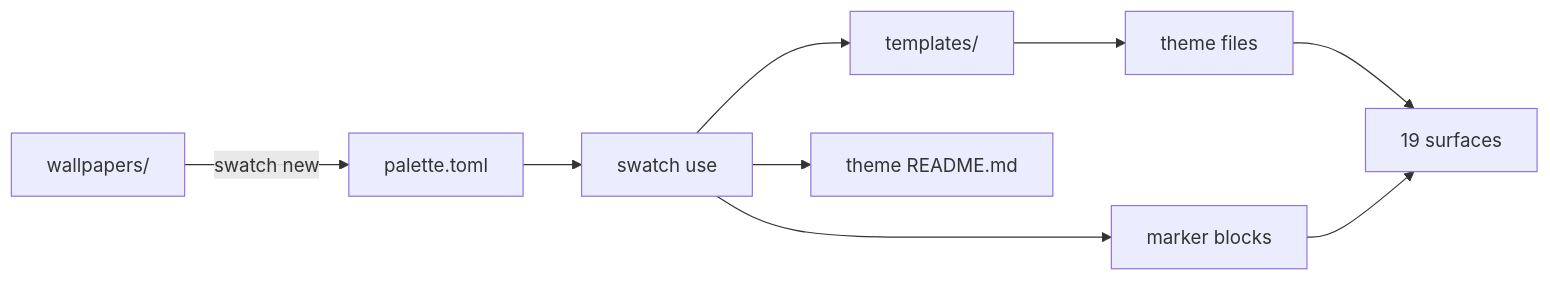
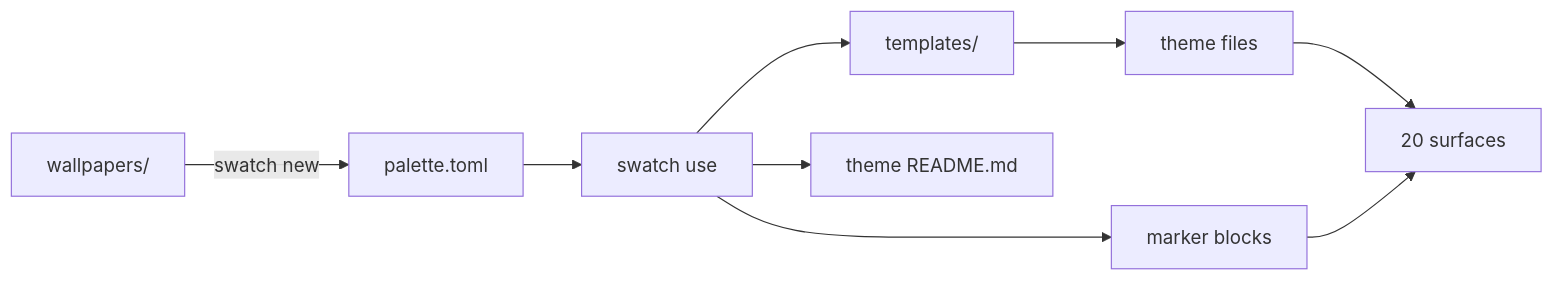
One commit to nitrimandylis/swatch changed the diagram in README.md. Above: the diagram before and after it, drawn with Mermaid. The commit also changed other lines of this file and 6 other files, not shown here.

````diff
--- a/README.md
+++ b/README.md
@@ -197,11 +199,11 @@
 ```mermaid
 flowchart LR
     W[wallpapers/] -->|swatch new| P[palette.toml]
     P --> R[swatch use]
     R --> T[templates/]
     T --> F[theme files]
     R --> M[marker blocks]
-    F --> A[19 surfaces]
+    F --> A[20 surfaces]
     M --> A
     R --> D[theme README.md]
 ```
````
